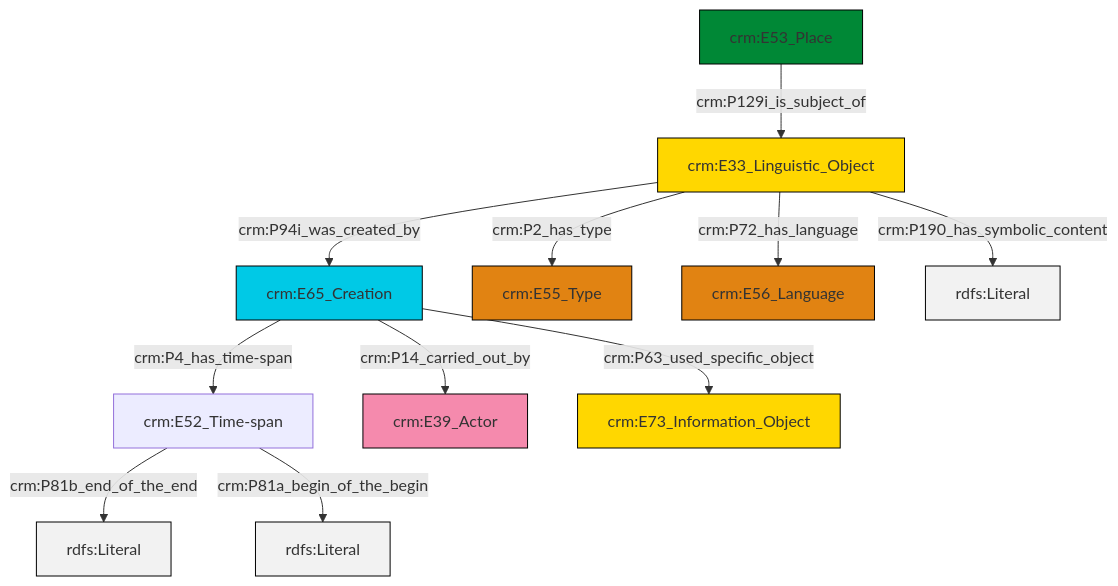
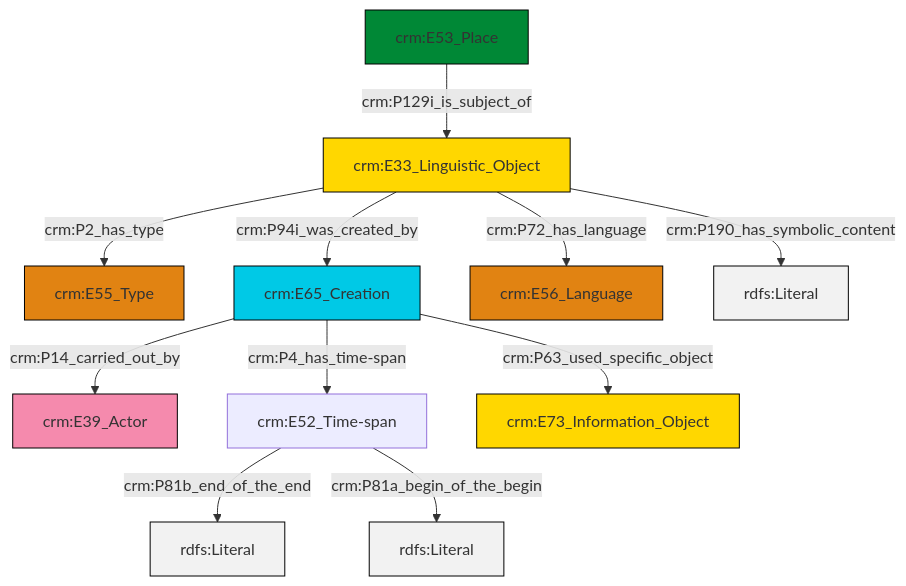
One commit to swiss-art-research-net/reference-data-models changed the diagram in et/placeCSV/ttl/mmd/place_description.ttl.mmd. Above: the diagram before and after it, drawn with Mermaid. The commit also changed 127 other files, not shown here.

```diff
--- a/et/placeCSV/ttl/mmd/place_description.ttl.mmd
+++ b/et/placeCSV/ttl/mmd/place_description.ttl.mmd
@@ -1,25 +1,25 @@
 graph TD
 classDef Literal fill:#f2f2f2,stroke:#000000;
 classDef CRM_Entity fill:#FFFFFF,stroke:#000000;
 classDef Temporal_Entity fill:#00C9E6, stroke:#000000;
 classDef Type fill:#E18312, stroke:#000000;
 classDef Time-Span fill:#2C9C91, stroke:#000000;
 classDef Appellation fill:#FFEB7F, stroke:#000000;
 classDef Place fill:#008836, stroke:#000000;
 classDef Persistent_Item fill:#B266B2, stroke:#000000;
 classDef Conceptual_Object fill:#FFD700, stroke:#000000;
 classDef Physical_Thing fill:#D2B48C, stroke:#000000;
 classDef Actor fill:#f58aad, stroke:#000000;
 classDef PC_Classes fill:#4ce600, stroke:#000000;
 classDef Multi fill:#cccccc,stroke:#000000;
 
-0["crm:E52_Time-span"]:::Default -->|crm:P81b_end_of_the_end| 1[rdfs:Literal]:::Literal
-4["crm:E33_Linguistic_Object"]:::Conceptual_Object -->|crm:P94i_was_created_by| 5["crm:E65_Creation"]:::Temporal_Entity
-2["crm:E53_Place"]:::Place -->|crm:P129i_is_subject_of| 4["crm:E33_Linguistic_Object"]:::Conceptual_Object
-5["crm:E65_Creation"]:::Temporal_Entity -->|crm:P4_has_time-span| 0["crm:E52_Time-span"]:::Default
-5["crm:E65_Creation"]:::Temporal_Entity -->|crm:P14_carried_out_by| 10["crm:E39_Actor"]:::Actor
-4["crm:E33_Linguistic_Object"]:::Conceptual_Object -->|crm:P72_has_language| 13["crm:E56_Language"]:::Type
-4["crm:E33_Linguistic_Object"]:::Conceptual_Object -->|crm:P190_has_symbolic_content| 15[rdfs:Literal]:::Literal
-4["crm:E33_Linguistic_Object"]:::Conceptual_Object -->|crm:P2_has_type| 8["crm:E55_Type"]:::Type
-5["crm:E65_Creation"]:::Temporal_Entity -->|crm:P63_used_specific_object| 11["crm:E73_Information_Object"]:::Conceptual_Object
-0["crm:E52_Time-span"]:::Default -->|crm:P81a_begin_of_the_begin| 18[rdfs:Literal]:::Literal
+2["crm:E33_Linguistic_Object"]:::Conceptual_Object -->|crm:P94i_was_created_by| 3["crm:E65_Creation"]:::Temporal_Entity
+3["crm:E65_Creation"]:::Temporal_Entity -->|crm:P14_carried_out_by| 4["crm:E39_Actor"]:::Actor
+6["crm:E52_Time-span"]:::Default -->|crm:P81b_end_of_the_end| 7[rdfs:Literal]:::Literal
+3["crm:E65_Creation"]:::Temporal_Entity -->|crm:P63_used_specific_object| 8["crm:E73_Information_Object"]:::Conceptual_Object
+6["crm:E52_Time-span"]:::Default -->|crm:P81a_begin_of_the_begin| 9[rdfs:Literal]:::Literal
+2["crm:E33_Linguistic_Object"]:::Conceptual_Object -->|crm:P72_has_language| 11["crm:E56_Language"]:::Type
+2["crm:E33_Linguistic_Object"]:::Conceptual_Object -->|crm:P2_has_type| 0["crm:E55_Type"]:::Type
+3["crm:E65_Creation"]:::Temporal_Entity -->|crm:P4_has_time-span| 6["crm:E52_Time-span"]:::Default
+2["crm:E33_Linguistic_Object"]:::Conceptual_Object -->|crm:P190_has_symbolic_content| 13[rdfs:Literal]:::Literal
+15["crm:E53_Place"]:::Place -->|crm:P129i_is_subject_of| 2["crm:E33_Linguistic_Object"]:::Conceptual_Object
```
